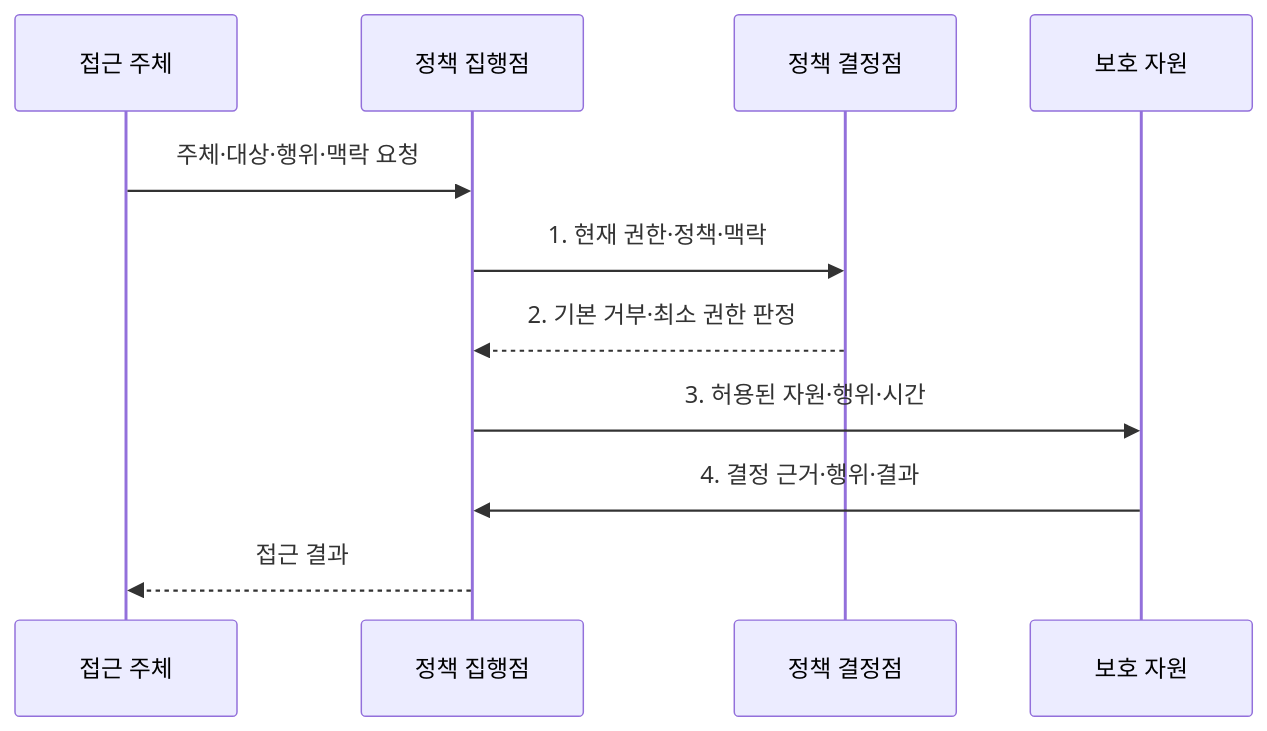
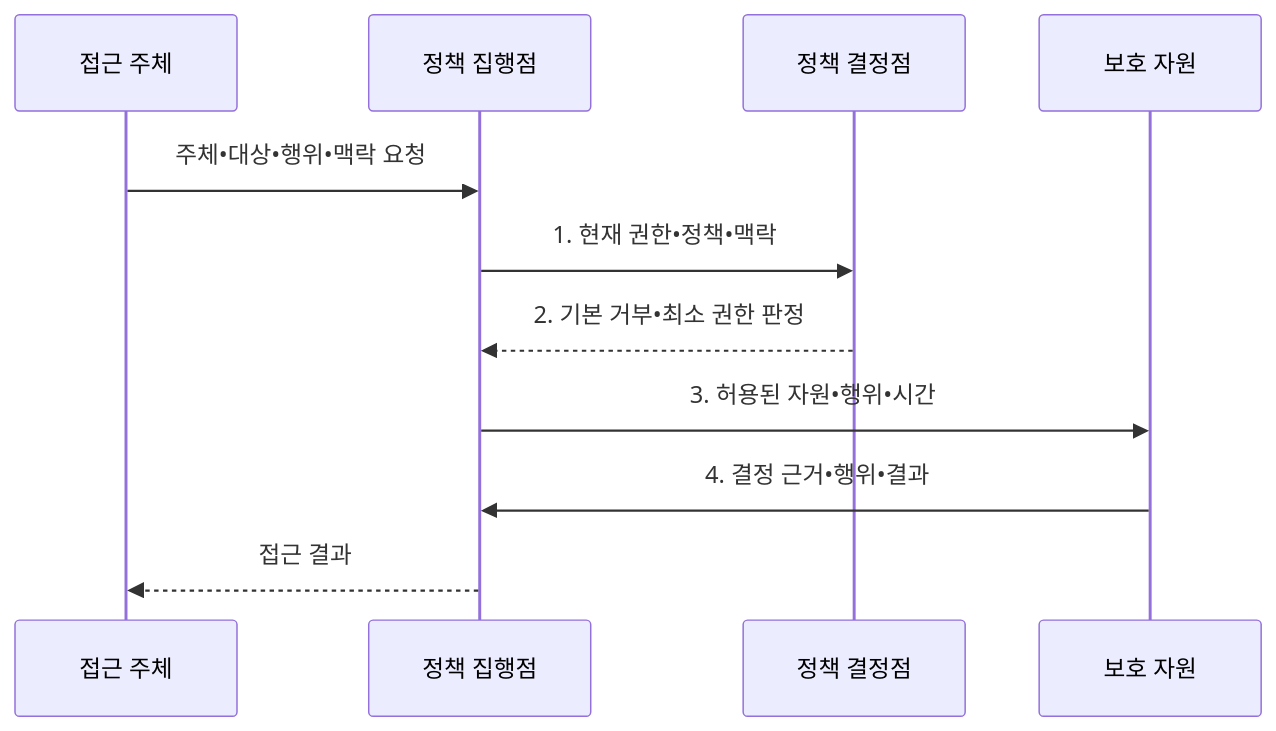
The second of 2 diagrams in src/content/docs/notes/05-security/137_security_design_principles.md (agnusdei1207/knowledge-base), drawn with Mermaid before and after one commit. The commit also changed other lines of this file and 953 other files, not shown here.

````diff
--- a/src/content/docs/notes/05-security/137_security_design_principles.md
+++ b/src/content/docs/notes/05-security/137_security_design_principles.md
@@ -98,13 +98,13 @@
 ```mermaid
 sequenceDiagram
   participant S as 접근 주체
   participant E as 정책 집행점
   participant P as 정책 결정점
   participant R as 보호 자원
-  S->>E: 주체·대상·행위·맥락 요청
-  E->>P: 1. 현재 권한·정책·맥락
-  P-->>E: 2. 기본 거부·최소 권한 판정
-  E->>R: 3. 허용된 자원·행위·시간
-  R->>E: 4. 결정 근거·행위·결과
+  S->>E: 주체•대상•행위•맥락 요청
+  E->>P: 1. 현재 권한•정책•맥락
+  P-->>E: 2. 기본 거부•최소 권한 판정
+  E->>R: 3. 허용된 자원•행위•시간
+  R->>E: 4. 결정 근거•행위•결과
   E-->>S: 접근 결과
 ```
````
